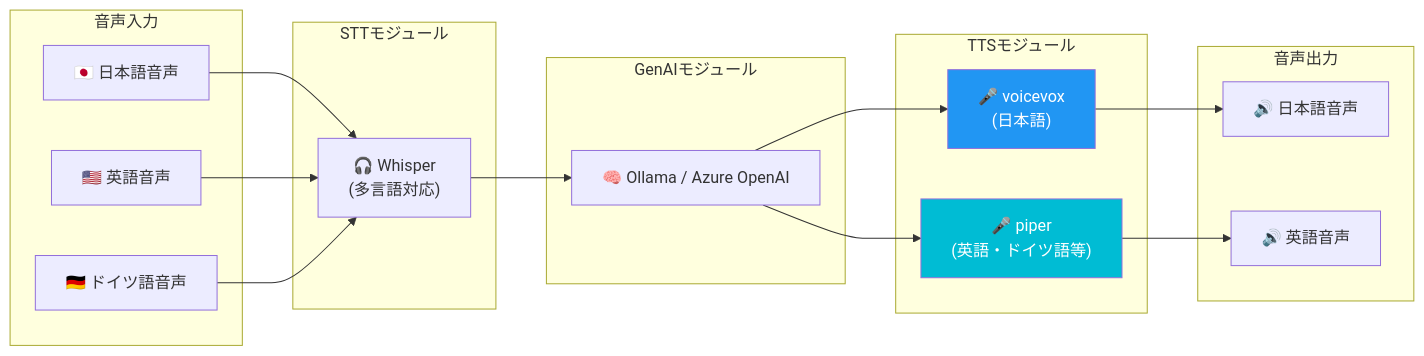
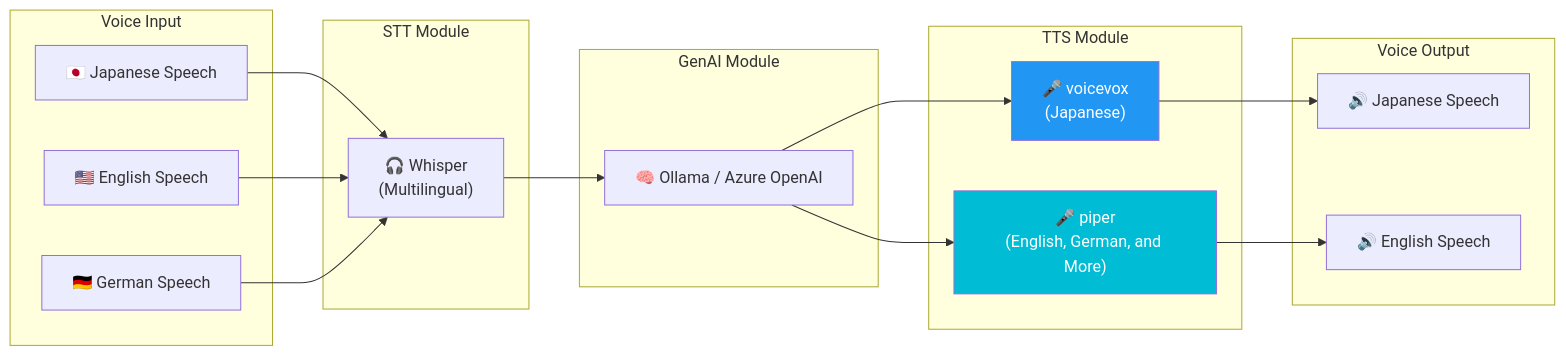
Diagram 11 of 12 in infra/scenarios/azure_inclusive_ai_labs/README.md (ks6088ts/template-terraform), drawn with Mermaid before and after one commit. The commit also changed other lines of this file and 28 other files, not shown here.

````diff
--- a/infra/scenarios/azure_inclusive_ai_labs/README.md
+++ b/infra/scenarios/azure_inclusive_ai_labs/README.md
@@ -573,38 +577,38 @@
 ```mermaid
 flowchart LR
-    subgraph Input["音声入力"]
-        JP["🇯🇵 日本語音声"]
-        EN["🇺🇸 英語音声"]
-        DE["🇩🇪 ドイツ語音声"]
+    subgraph Input["Voice Input"]
+        JP["🇯🇵 Japanese Speech"]
+        EN["🇺🇸 English Speech"]
+        DE["🇩🇪 German Speech"]
     end
 
-    subgraph STT_Module["STTモジュール"]
-        STT["🎧 Whisper<br/>(多言語対応)"]
+    subgraph STT_Module["STT Module"]
+        STT["🎧 Whisper<br/>(Multilingual)"]
     end
 
-    subgraph GenAI_Module["GenAIモジュール"]
+    subgraph GenAI_Module["GenAI Module"]
         LLM["🧠 Ollama / Azure OpenAI"]
     end
 
-    subgraph TTS_Module["TTSモジュール"]
-        VV["🎤 voicevox<br/>(日本語)"]
-        PP["🎤 piper<br/>(英語・ドイツ語等)"]
+    subgraph TTS_Module["TTS Module"]
+        VV["🎤 voicevox<br/>(Japanese)"]
+        PP["🎤 piper<br/>(English, German, and More)"]
     end
 
-    subgraph Output["音声出力"]
-        OutJP["🔊 日本語音声"]
-        OutEN["🔊 英語音声"]
+    subgraph Output["Voice Output"]
+        OutJP["🔊 Japanese Speech"]
+        OutEN["🔊 English Speech"]
     end
 
     JP --> STT
     EN --> STT
     DE --> STT
     STT --> LLM
     LLM --> VV
     LLM --> PP
     VV --> OutJP
     PP --> OutEN
 
     style VV fill:#2196F3,color:#fff
     style PP fill:#00BCD4,color:#fff
 ```
````
